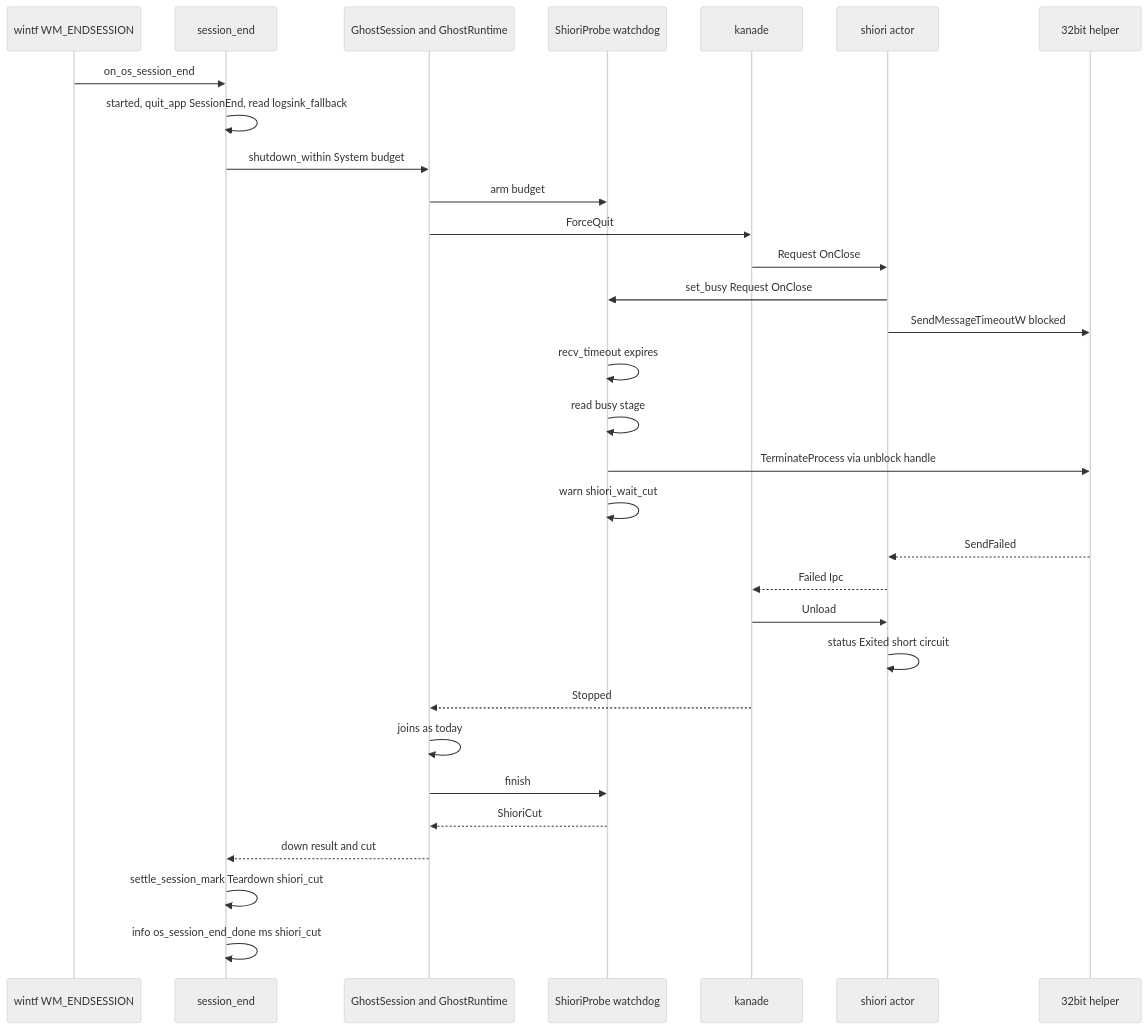
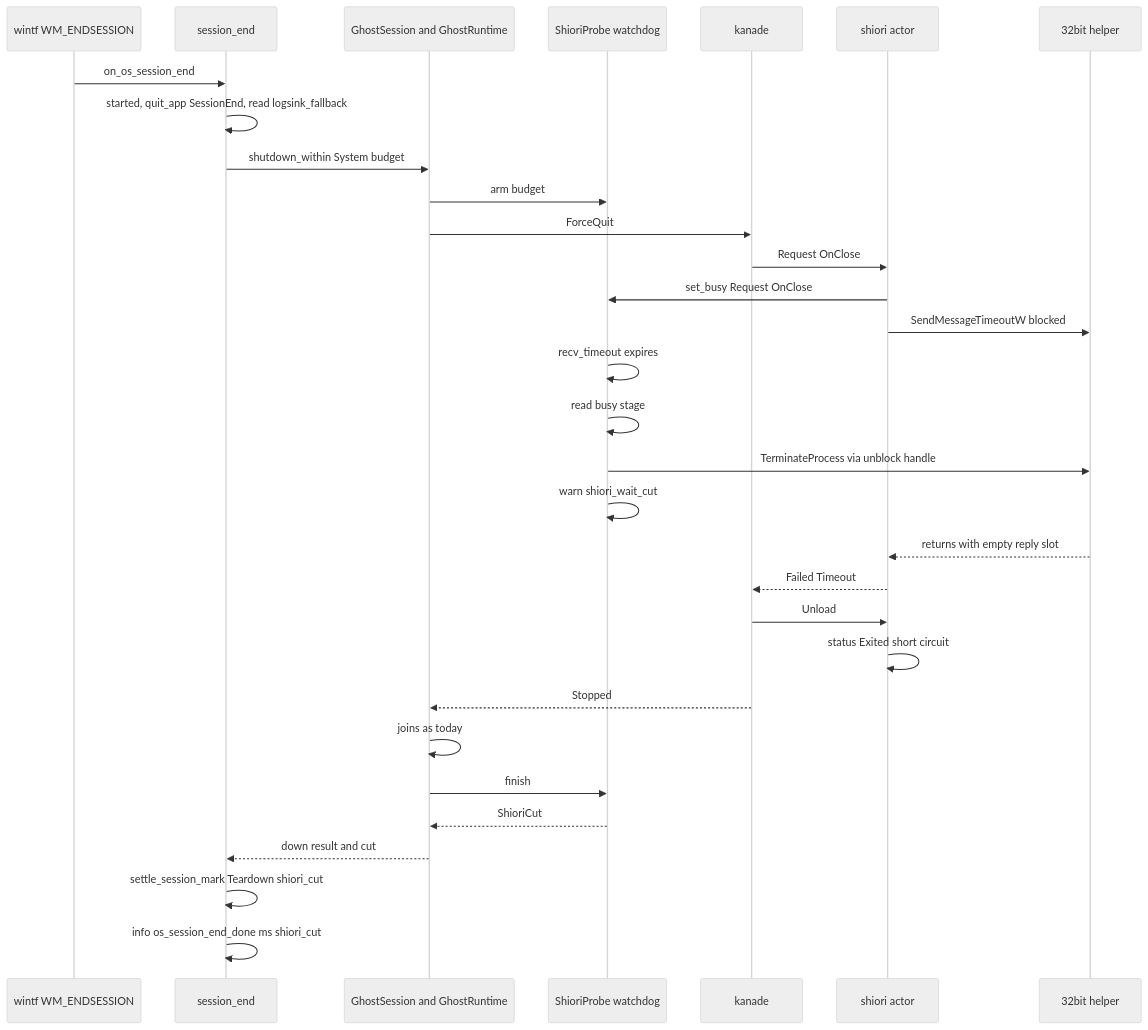
Before and after one commit to ekicyou/areka: the second of 3 diagrams in .kiro/specs/areka-P0-session-mark-residue/design.md, drawn with Mermaid (neutral theme). The commit also changed other lines of this file and 4 other files, not shown here.

````diff
--- a/.kiro/specs/areka-P0-session-mark-residue/design.md
+++ b/.kiro/specs/areka-P0-session-mark-residue/design.md
@@ -166,34 +166,34 @@
 ```mermaid
 sequenceDiagram
     participant W as wintf WM_ENDSESSION
     participant S as session_end
     participant G as GhostSession and GhostRuntime
     participant P as ShioriProbe watchdog
     participant K as kanade
     participant A as shiori actor
     participant H as 32bit helper
 
     W->>S: on_os_session_end
     S->>S: started, quit_app SessionEnd, read logsink_fallback
     S->>G: shutdown_within System budget
     G->>P: arm budget
     G->>K: ForceQuit
     K->>A: Request OnClose
     A->>P: set_busy Request OnClose
     A->>H: SendMessageTimeoutW blocked
     P->>P: recv_timeout expires
     P->>P: read busy stage
     P->>H: TerminateProcess via unblock handle
     P->>P: warn shiori_wait_cut
-    H-->>A: SendFailed
-    A-->>K: Failed Ipc
+    H-->>A: returns with empty reply slot
+    A-->>K: Failed Timeout
     K->>A: Unload
     A->>A: status Exited short circuit
     K-->>G: Stopped
     G->>G: joins as today
     G->>P: finish
     P-->>G: ShioriCut
     G-->>S: down result and cut
     S->>S: settle_session_mark Teardown shiori_cut
     S->>S: info os_session_end_done ms shiori_cut
 ```
````
